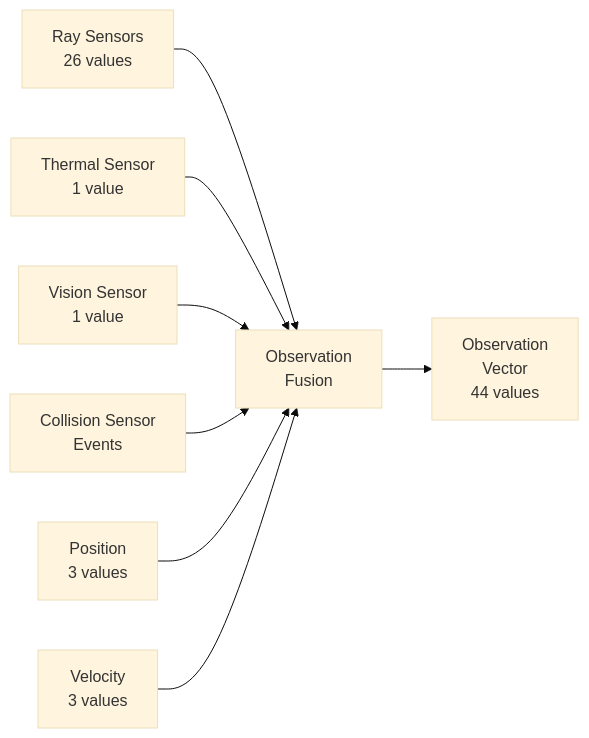
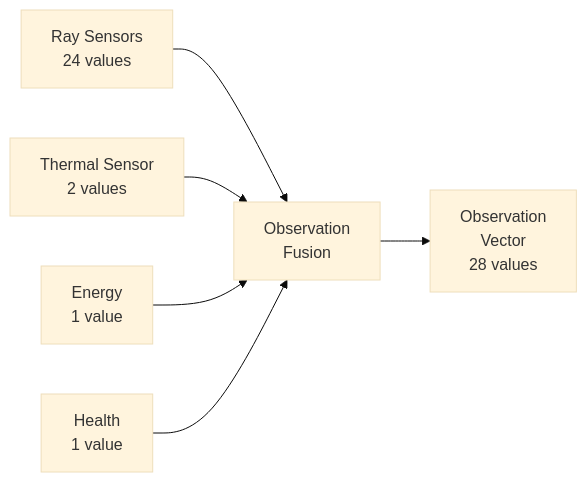
Before and after one commit to NihaalGharat/ADRL-Rescue: the second of 2 diagrams in Documentation/09_SENSOR_SYSTEM.md, drawn with Mermaid (base theme). The commit also changed other lines of this file and 51 other files, not shown here.

````diff
--- a/Documentation/09_SENSOR_SYSTEM.md
+++ b/Documentation/09_SENSOR_SYSTEM.md
@@ -157,11 +157,9 @@
 ```mermaid
 graph LR
-    RS[Ray Sensors<br/>26 values] --> OF[Observation<br/>Fusion]
-    TS[Thermal Sensor<br/>1 value] --> OF
-    VS[Vision Sensor<br/>1 value] --> OF
-    CS[Collision Sensor<br/>Events] --> OF
-    POS[Position<br/>3 values] --> OF
-    VEL[Velocity<br/>3 values] --> OF
+    RS[Ray Sensors<br/>24 values] --> OF[Observation<br/>Fusion]
+    TS[Thermal Sensor<br/>2 values] --> OF
+    EGY[Energy<br/>1 value] --> OF
+    HLT[Health<br/>1 value] --> OF
     
-    OF --> OV[Observation<br/>Vector<br/>44 values]
+    OF --> OV[Observation<br/>Vector<br/>28 values]
 ```
````
